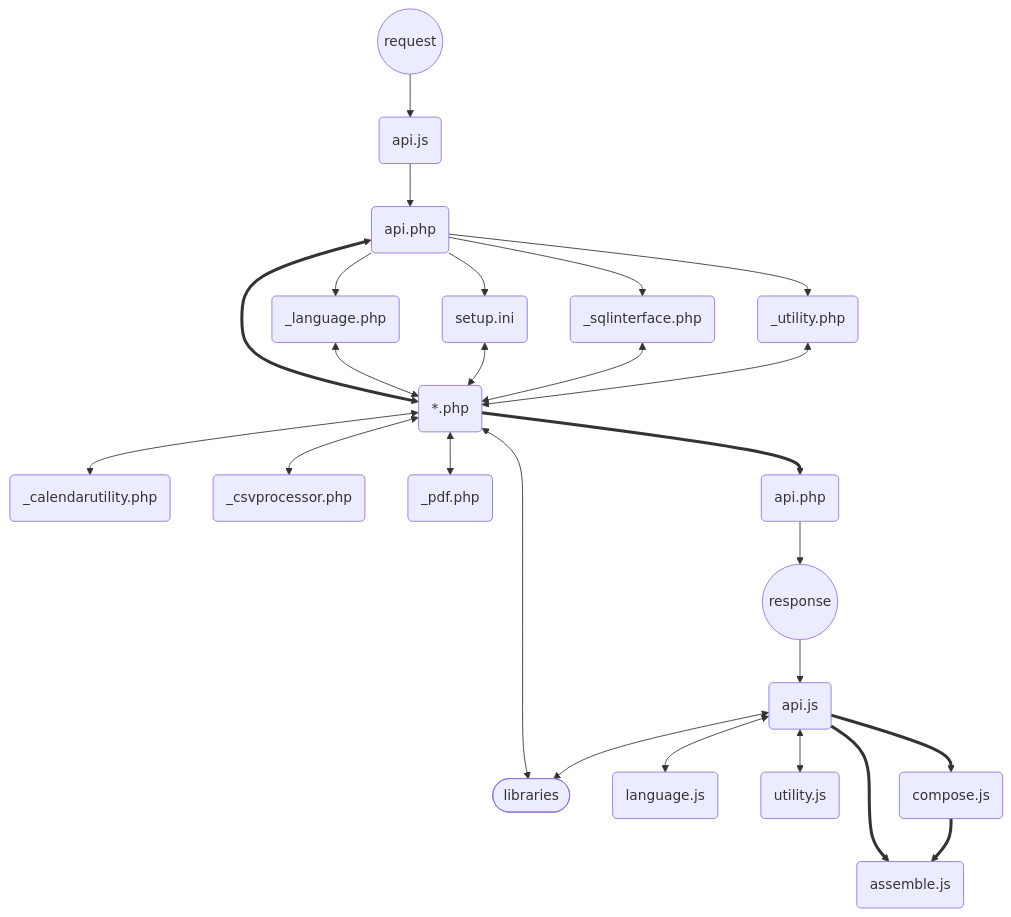
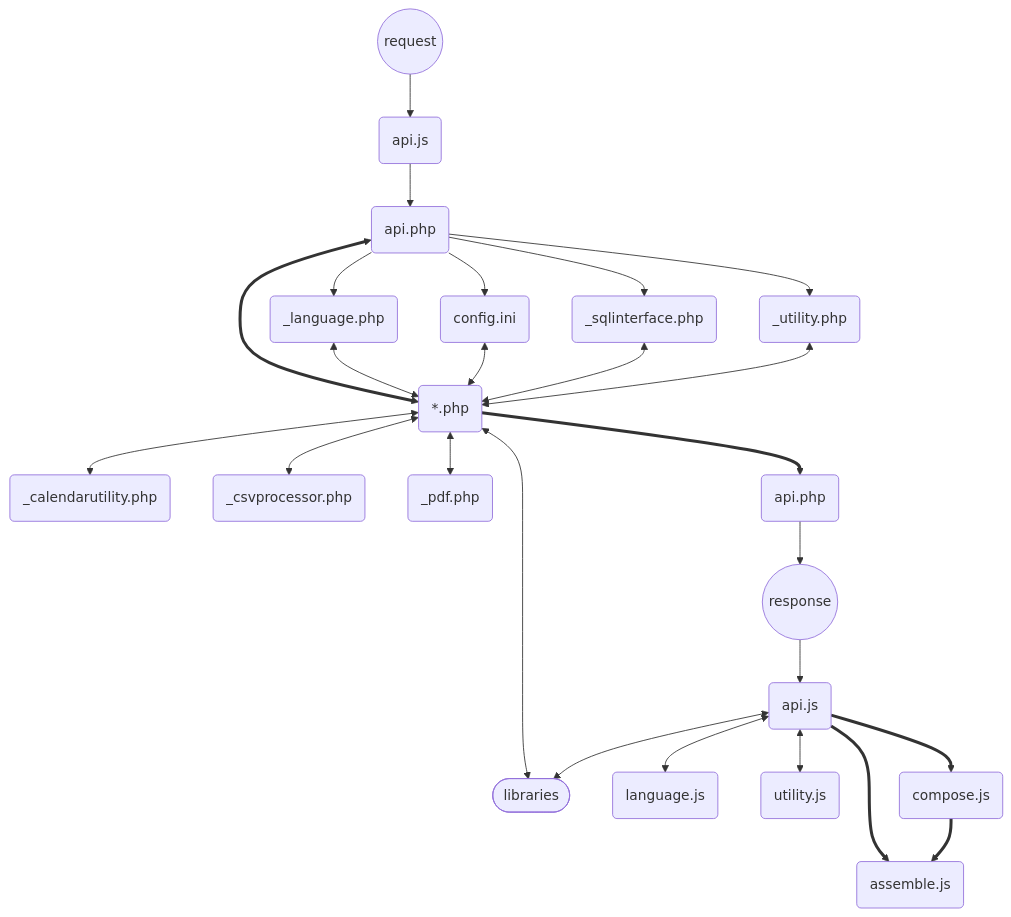
The eighth of 9 diagrams in readme.md (erroronline1/caro), drawn with Mermaid before and after one commit. The commit also changed other lines of this file and 7 other files, not shown here.

````diff
--- a/readme.md
+++ b/readme.md
@@ -1695,30 +1695,30 @@
 ```mermaid
 graph TD;
     request((request))-->api_js(api.js);
     api_js-->api_php(api.php);
     api_php-->language_php(_language.php);
-    api_php-->setup(setup.ini);
+    api_php-->setup(config.ini);
     api_php-->sql(_sqlinterface.php);
     api_php-->utility_php(_utility.php);
 
     api_php<==>module(*.php);
     language_php<-->module;
     setup<-->module;
     sql<-->module;
     utility_php<-->module;
 
     module<-->calendar(_calendarutility.php)
     module<-->csv(_csvprocessor.php);
     module<-->pdf(_pdf.php);
     module<-->libraries([libraries]);
     module==>api_php2(api.php);
 
     api_php2-->response((response));
     response-->api_js2(api.js);
     api_js2<-->language_js(language.js);
     api_js2<-->utility_js(utility.js);
     api_js2<-->libraries;
     api_js2==>compose(compose.js);
     api_js2==>assemble(assemble.js);
     compose==>assemble;
 ```
````
